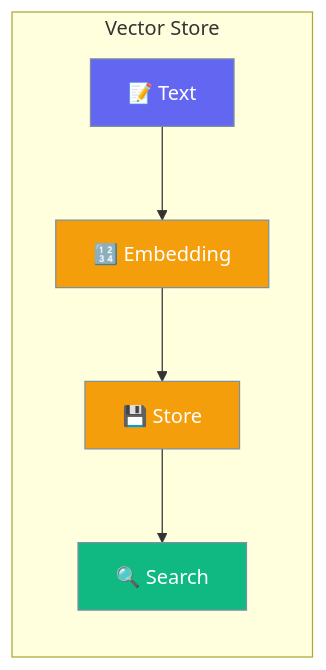
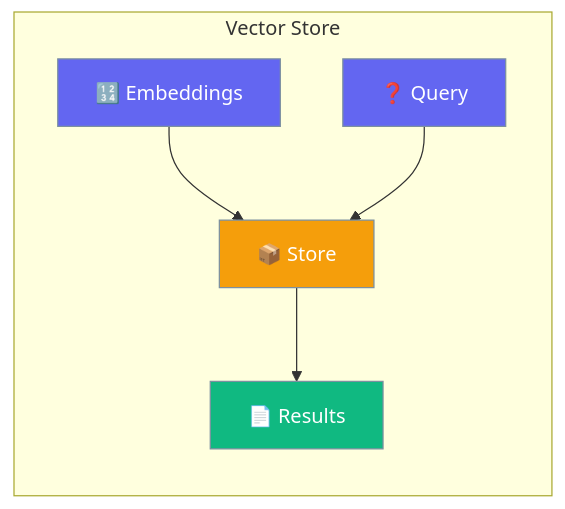
The diagram in docs/rust/vector-store.mdx (MervinPraison/PraisonAIDocs), drawn with Mermaid before and after one commit. The commit also changed other lines of this file and 87 other files, not shown here.

````diff
--- a/docs/rust/vector-store.mdx
+++ b/docs/rust/vector-store.mdx
@@ -10,16 +10,16 @@
 ```mermaid
 graph LR
     subgraph "Vector Store"
-        T[📝 Text] --> E[🔢 Embedding]
-        E --> S[💾 Store]
-        S --> Q[🔍 Search]
+        E[🔢 Embeddings] --> V[📦 Store]
+        Q[❓ Query] --> V
+        V --> R[📄 Results]
     end
     
     classDef input fill:#6366F1,stroke:#7C90A0,color:#fff
-    classDef process fill:#F59E0B,stroke:#7C90A0,color:#fff
+    classDef store fill:#F59E0B,stroke:#7C90A0,color:#fff
     classDef output fill:#10B981,stroke:#7C90A0,color:#fff
     
-    class T input
-    class E,S process
-    class Q output
+    class E,Q input
+    class V store
+    class R output
 ```
````
